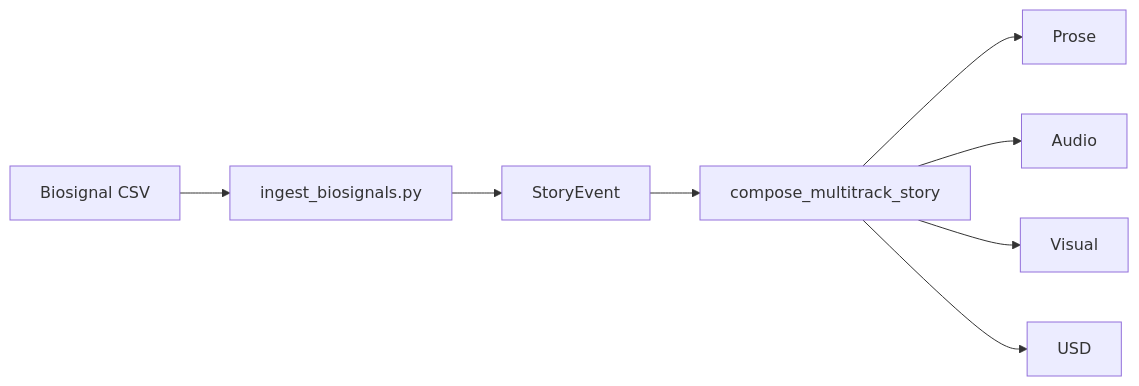
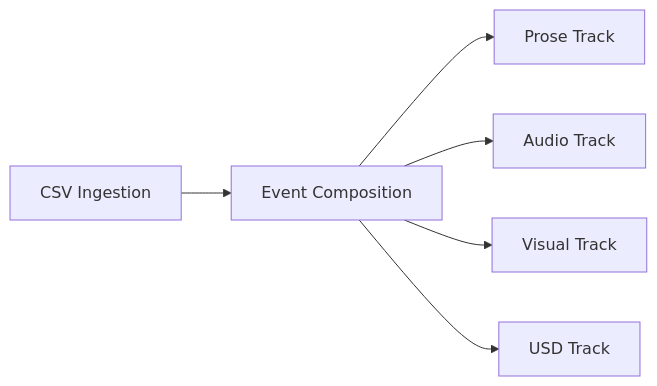
One commit to DINGIRABZU/ABZU changed the diagram in docs/narrative_system.md. Above: the diagram before and after it, drawn with Mermaid. The commit also changed other lines of this file and 1 other file, not shown here.

Commit message:
docs: expand narrative system flow and tests

````diff
--- a/docs/narrative_system.md
+++ b/docs/narrative_system.md
@@ -7,10 +7,8 @@
 ```mermaid
-graph LR
-    CSV[Biosignal CSV] --> INGEST[ingest_biosignals.py]
-    INGEST --> EVENT[StoryEvent]
-    EVENT --> COMPOSE[compose_multitrack_story]
-    COMPOSE --> PROSE[Prose]
-    COMPOSE --> AUDIO[Audio]
-    COMPOSE --> VISUAL[Visual]
-    COMPOSE --> USD[USD]
+flowchart LR
+    CSV[CSV Ingestion] --> COMPOSE[Event Composition]
+    COMPOSE --> PROSE[Prose Track]
+    COMPOSE --> AUDIO[Audio Track]
+    COMPOSE --> VISUAL[Visual Track]
+    COMPOSE --> USD[USD Track]
 ```
````
